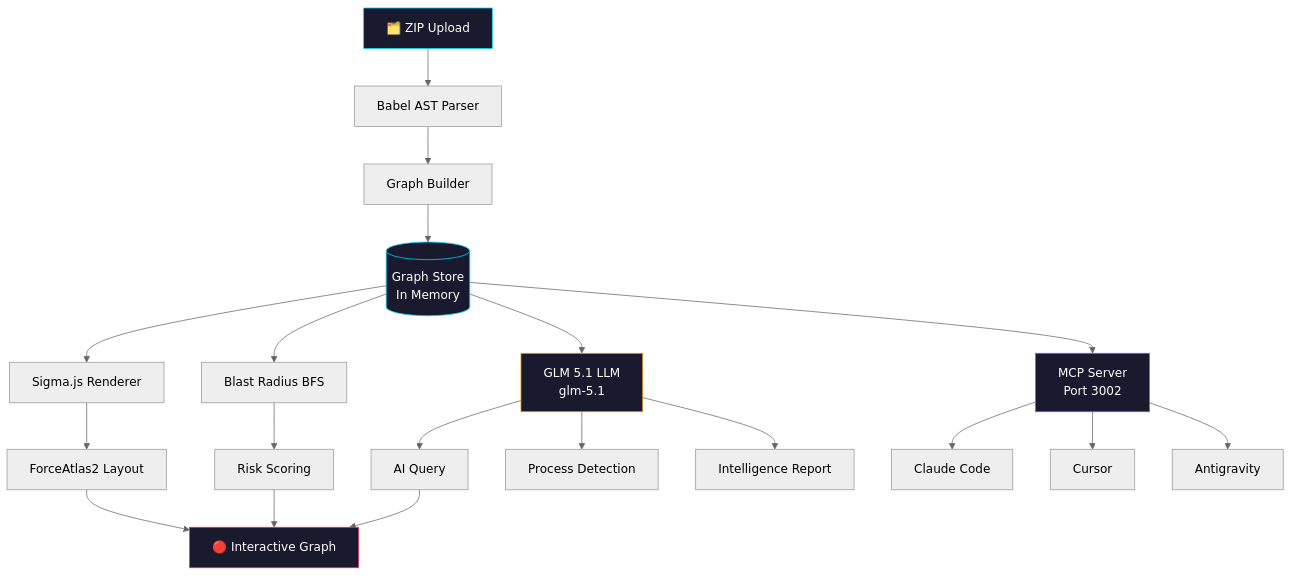
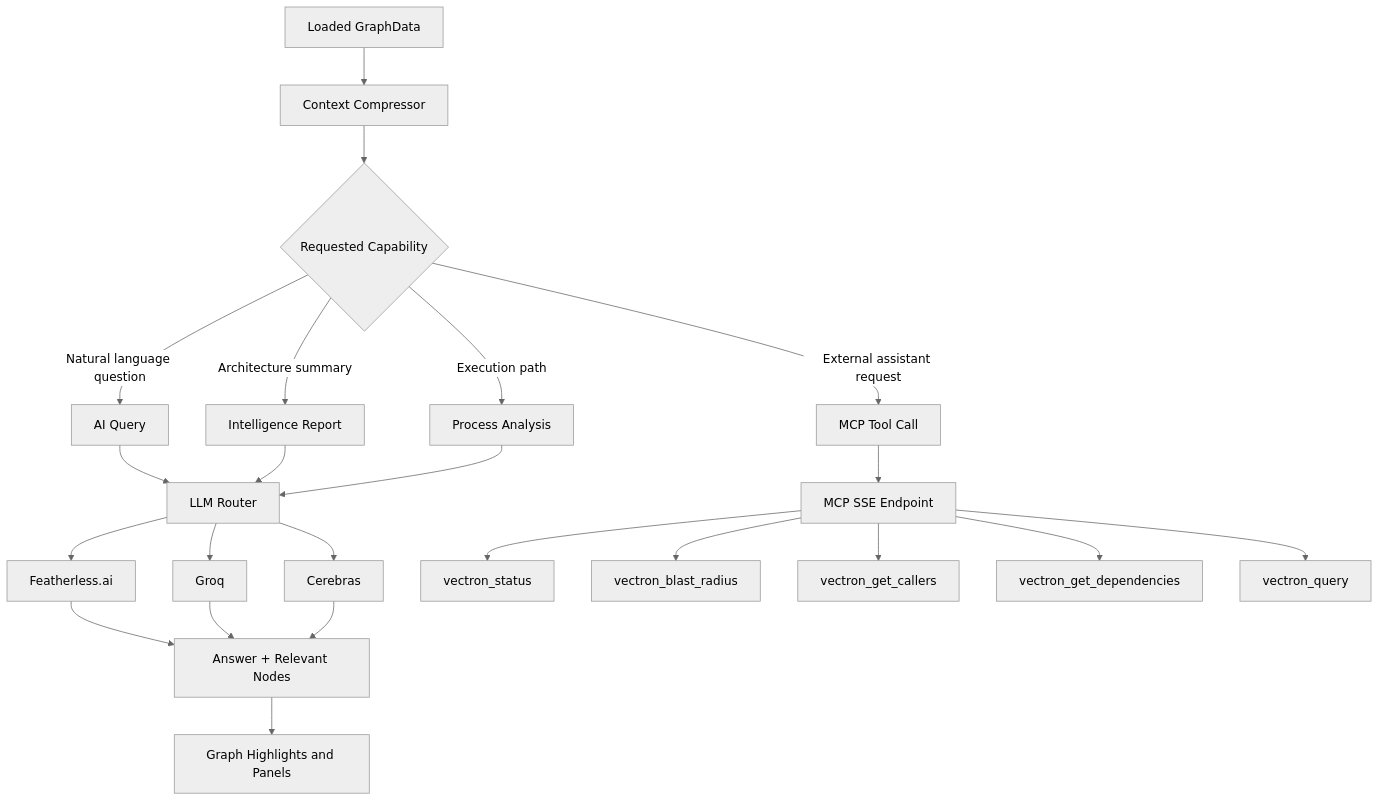
One commit to LAZYGENIUS69/VECTRON changed the fifth of 5 diagrams in README.md. Above: the diagram before and after it, drawn with Mermaid (neutral theme). The commit also changed other lines of this file and 2 other files, not shown here.

Commit message:
feat: document vectron architecture and AI analysis flows

````diff
--- a/README.md
+++ b/README.md
@@ -335,31 +251,30 @@
 ```mermaid
-graph TD
-    A[🗂️ ZIP Upload] --> B[Babel AST Parser]
-    B --> C[Graph Builder]
-    C --> D[(Graph Store\nIn Memory)]
+flowchart TD
+    A[Loaded GraphData] --> B[Context Compressor]
+    B --> C{Requested Capability}
 
-    D --> E[Sigma.js Renderer]
-    E --> F[ForceAtlas2 Layout]
-    F --> G[🔴 Interactive Graph]
+    C -->|Natural language question| D[AI Query]
+    C -->|Architecture summary| E[Intelligence Report]
+    C -->|Execution path| F[Process Analysis]
+    C -->|External assistant request| G[MCP Tool Call]
 
-    D --> H[Blast Radius BFS]
-    H --> I[Risk Scoring]
-    I --> G
+    D --> H[LLM Router]
+    E --> H
+    F --> H
 
-    D --> J[GLM 5.1 LLM\nglm-5.1]
-    J --> K[AI Query]
-    J --> L[Process Detection]
-    J --> M[Intelligence Report]
-    K --> G
+    H --> I[Featherless.ai]
+    H --> J[Groq]
+    H --> K[Cerebras]
 
-    D --> N[MCP Server\nPort 3002]
-    N --> O[Claude Code]
-    N --> P[Cursor]
-    N --> Q[Antigravity]
+    G --> M[MCP SSE Endpoint]
+    M --> N[vectron_status]
+    M --> O[vectron_blast_radius]
+    M --> P[vectron_get_callers]
+    M --> Q[vectron_get_dependencies]
+    M --> R[vectron_query]
 
-    style A fill:#1a1a2e,stroke:#00D9FF,color:#fff
-    style G fill:#1a1a2e,stroke:#FF2D55,color:#fff
-    style D fill:#1a1a2e,stroke:#00D9FF,color:#fff
-    style N fill:#1a1a2e,stroke:#7B61FF,color:#fff
-    style J fill:#1a1a2e,stroke:#FF9F0A,color:#fff
+    I --> S[Answer + Relevant Nodes]
+    J --> S
+    K --> S
+    S --> T[Graph Highlights and Panels]
 ```
````
